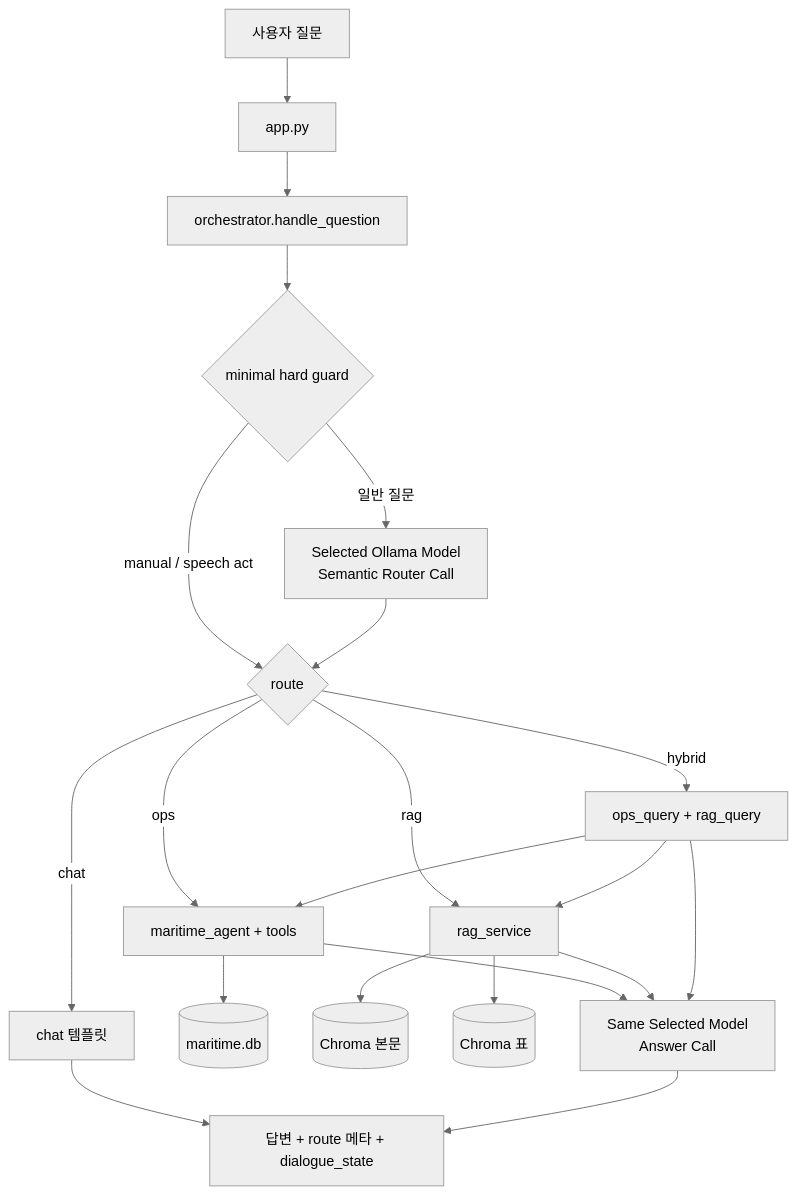
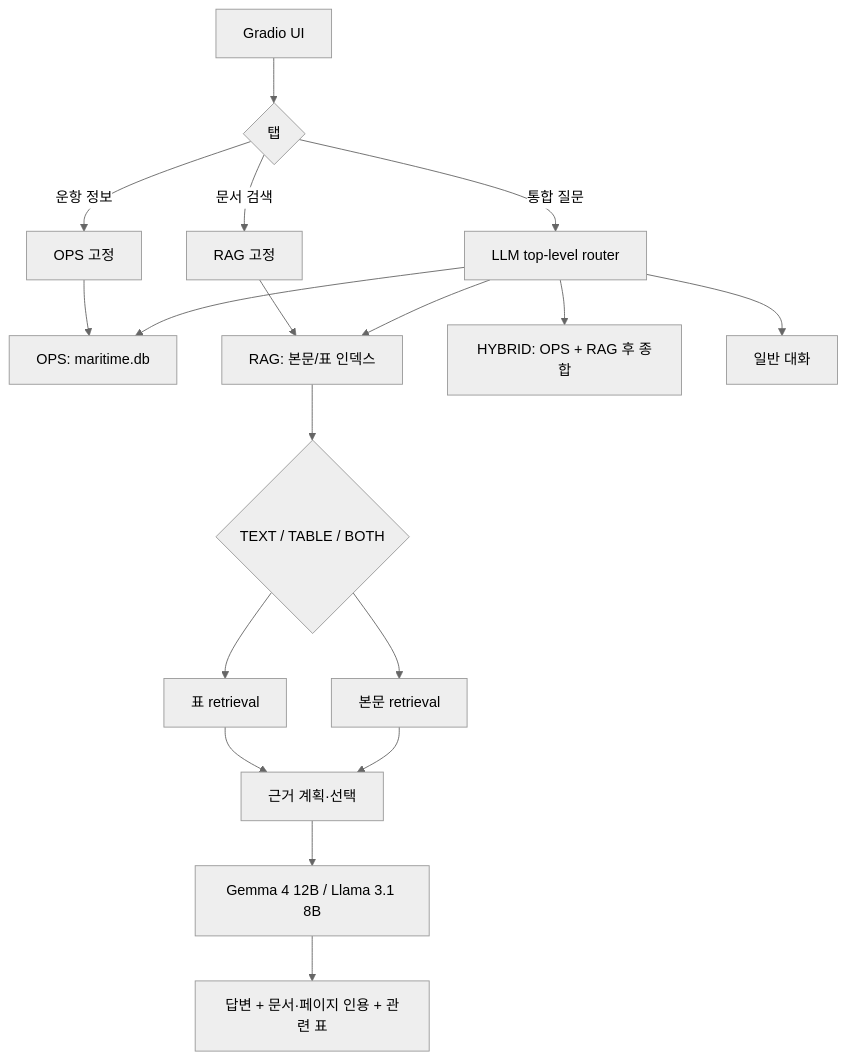
The diagram in docs/ARCHITECTURE.md (yoonmojeon/20260805), drawn with Mermaid (neutral theme) before and after one commit. The commit also changed other lines of this file and 37 other files, not shown here.

Commit message:
Improve text RAG evaluation and consolidate docs

````diff
--- a/docs/ARCHITECTURE.md
+++ b/docs/ARCHITECTURE.md
@@ -304,23 +7,20 @@
 ```mermaid
 flowchart TD
-  U[사용자 질문] --> APP[app.py]
-  APP --> ORCH[orchestrator.handle_question]
-  ORCH --> HG{minimal hard guard}
-  HG -->|일반 질문| LLM[Selected Ollama Model<br/>Semantic Router Call]
-  HG -->|manual / speech act| RT{route}
-  LLM --> RT
-  RT -->|chat| CH[chat 템플릿]
-  RT -->|ops| OPS[maritime_agent + tools]
-  OPS --> DB[(maritime.db)]
-  RT -->|rag| RAG[rag_service]
-  RAG --> CT[(Chroma 본문)]
-  RAG --> TB[(Chroma 표)]
-  RT -->|hybrid| HY[ops_query + rag_query]
-  HY --> OPS
-  HY --> RAG
-  OPS --> ANS[Same Selected Model<br/>Answer Call]
-  RAG --> ANS
-  HY --> ANS
-  CH --> OUT[답변 + route 메타 + dialogue_state]
-  ANS --> OUT
+    UI["Gradio UI"] --> T{탭}
+    T -->|통합 질문| R["LLM top-level router"]
+    T -->|문서 검색| DR["RAG 고정"]
+    T -->|운항 정보| OR["OPS 고정"]
+    R --> OPS["OPS: maritime.db"]
+    R --> RAG["RAG: 본문/표 인덱스"]
+    R --> HY["HYBRID: OPS + RAG 후 종합"]
+    R --> CHAT["일반 대화"]
+    DR --> RAG
+    OR --> OPS
+    RAG --> MODE{"TEXT / TABLE / BOTH"}
+    MODE --> TEXT["본문 retrieval"]
+    MODE --> TABLE["표 retrieval"]
+    TEXT --> EVID["근거 계획·선택"]
+    TABLE --> EVID
+    EVID --> LLM["Gemma 4 12B / Llama 3.1 8B"]
+    LLM --> OUT["답변 + 문서·페이지 인용 + 관련 표"]
 ```
````
